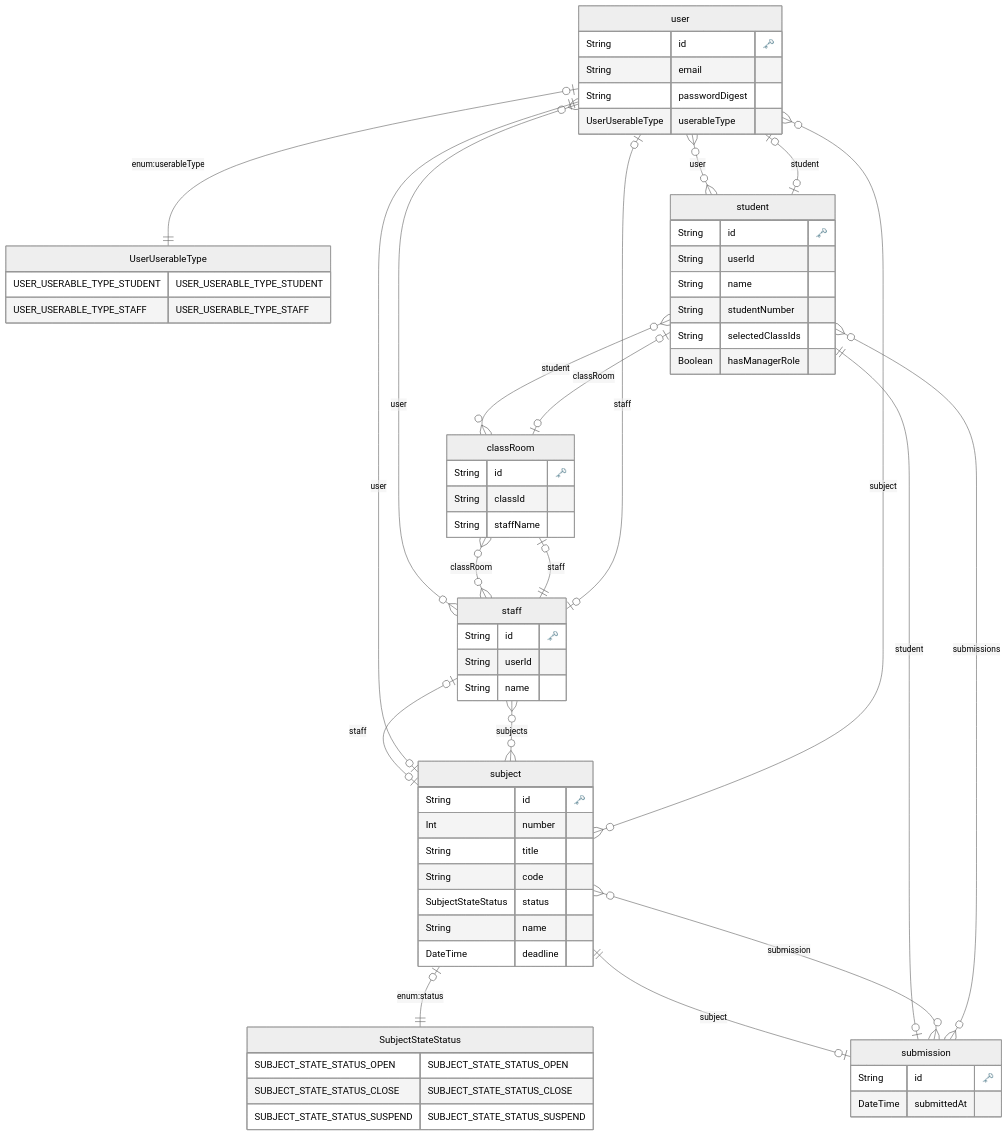
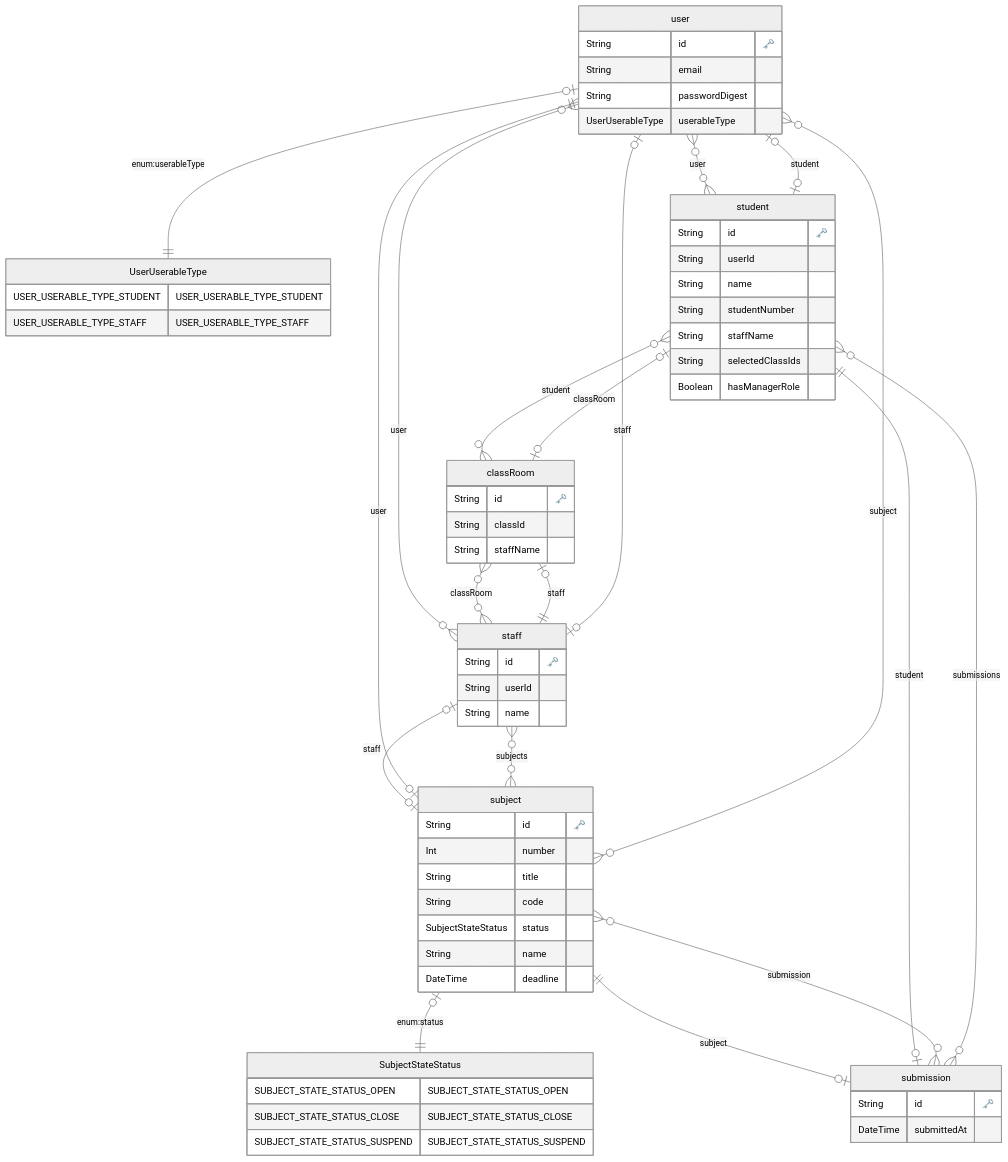
Before and after one commit to na2na-p/-AssignmentManagement: the diagram in packages/backend/prisma/erd.md, drawn with Mermaid (neutral theme). The commit also changed 2 other files, not shown here.

Commit message:
マイグレーションファイル再作成

```diff
--- a/packages/backend/prisma/erd.md
+++ b/packages/backend/prisma/erd.md
@@ -27,6 +27,7 @@
     String userId 
     String name 
     String studentNumber 
+    String staffName 
     String selectedClassIds 
     Boolean hasManagerRole 
     }
```
